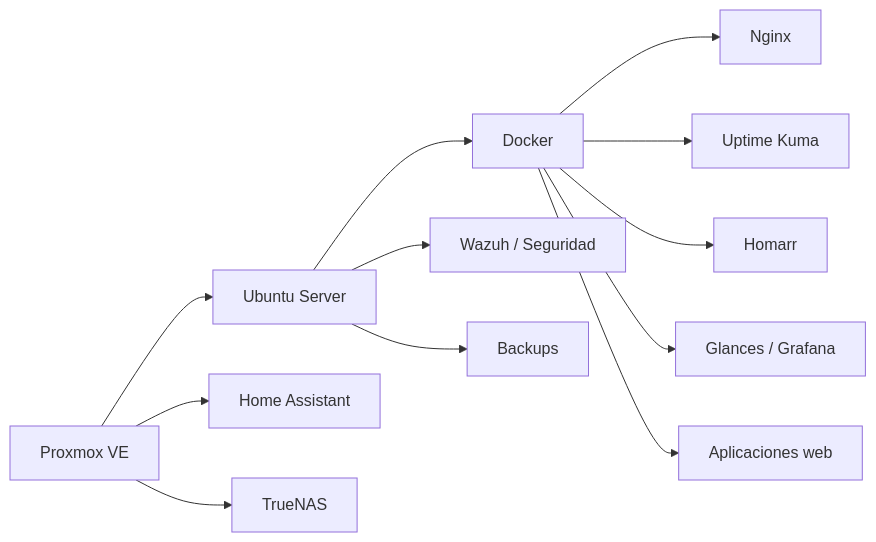
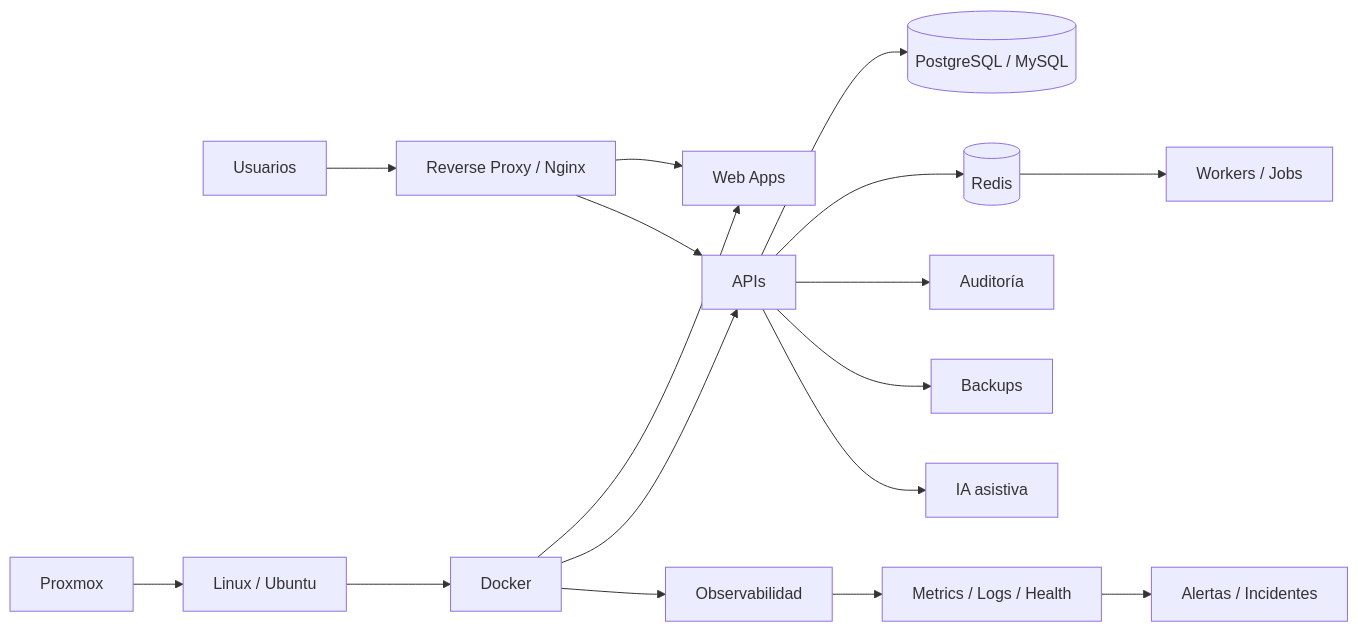
The diagram in README.md (poto212/poto212), drawn with Mermaid before and after one commit. The commit also changed other lines of this file, not shown here.

````diff
--- a/README.md
+++ b/README.md
@@ -243,14 +251,23 @@
 ```mermaid
 flowchart LR
-    P[Proxmox VE] --> U[Ubuntu Server]
-    P --> HA[Home Assistant]
-    P --> NAS[TrueNAS]
-    U --> D[Docker]
-    D --> N[Nginx]
-    D --> K[Uptime Kuma]
-    D --> H[Homarr]
-    D --> G[Glances / Grafana]
-    D --> A[Aplicaciones web]
-    U --> W[Wazuh / Seguridad]
-    U --> B[Backups]
+    U[Usuarios] --> RP[Reverse Proxy / Nginx]
+    RP --> WEB[Web Apps]
+    RP --> API[APIs]
+
+    API --> DB[(PostgreSQL / MySQL)]
+    API --> R[(Redis)]
+    R --> W[Workers / Jobs]
+
+    P[Proxmox] --> L[Linux / Ubuntu]
+    L --> D[Docker]
+    D --> WEB
+    D --> API
+    D --> OBS[Observabilidad]
+
+    OBS --> M[Metrics / Logs / Health]
+    M --> A[Alertas / Incidentes]
+
+    API --> AUD[Auditoría]
+    API --> BK[Backups]
+    API --> AI[IA asistiva]
 ```
````
